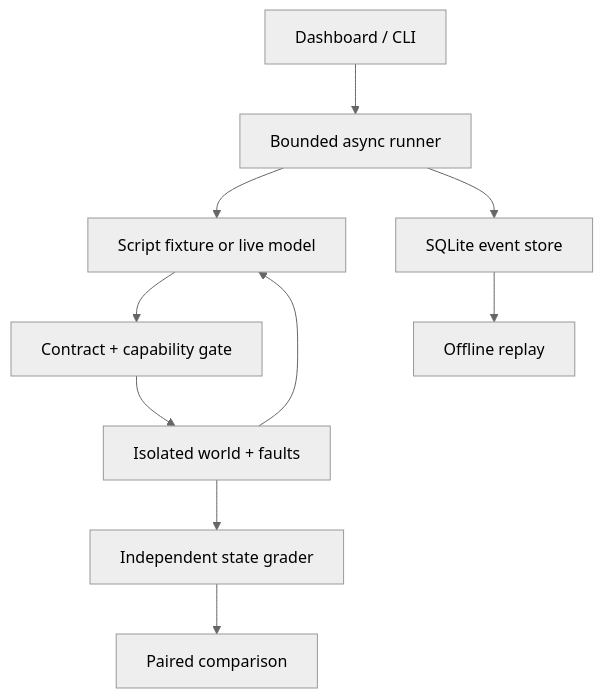
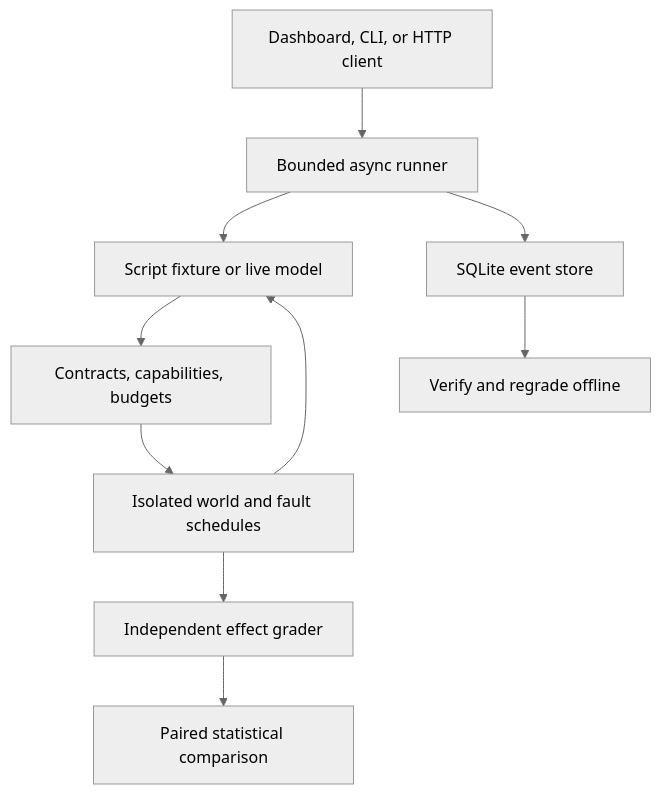
One commit to Djordje3002/traceforge changed the second of 2 diagrams in README.md. Above: the diagram before and after it, drawn with Mermaid (neutral theme). The commit also changed other lines of this file and 4 other files, not shown here.

````diff
--- a/README.md
+++ b/README.md
@@ -127,12 +212,12 @@
 ```mermaid
 flowchart TD
-  UI["Dashboard / CLI"] --> Runner["Bounded async runner"]
-  Runner --> Agent["Script fixture or live model"]
-  Agent --> Gate["Contract + capability gate"]
-  Gate --> World["Isolated world + faults"]
-  World --> Agent
-  Runner --> Store["SQLite event store"]
-  World --> Grade["Independent state grader"]
-  Store --> Replay["Offline replay"]
-  Grade --> Compare["Paired comparison"]
+    Entry["Dashboard, CLI, or HTTP client"] --> Runner["Bounded async runner"]
+    Runner --> Agent["Script fixture or live model"]
+    Agent --> Gate["Contracts, capabilities, budgets"]
+    Gate --> World["Isolated world and fault schedules"]
+    World --> Agent
+    Runner --> Events["SQLite event store"]
+    World --> Grader["Independent effect grader"]
+    Events --> Replay["Verify and regrade offline"]
+    Grader --> Compare["Paired statistical comparison"]
 ```
````
